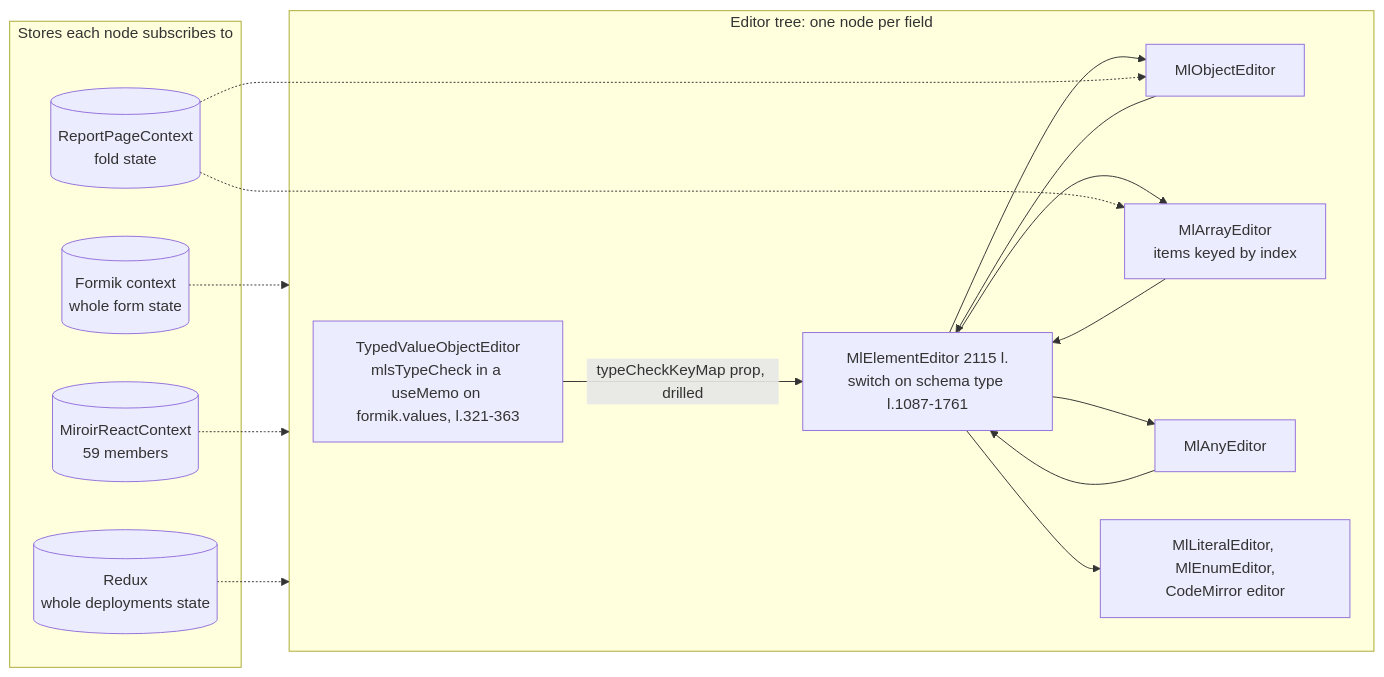
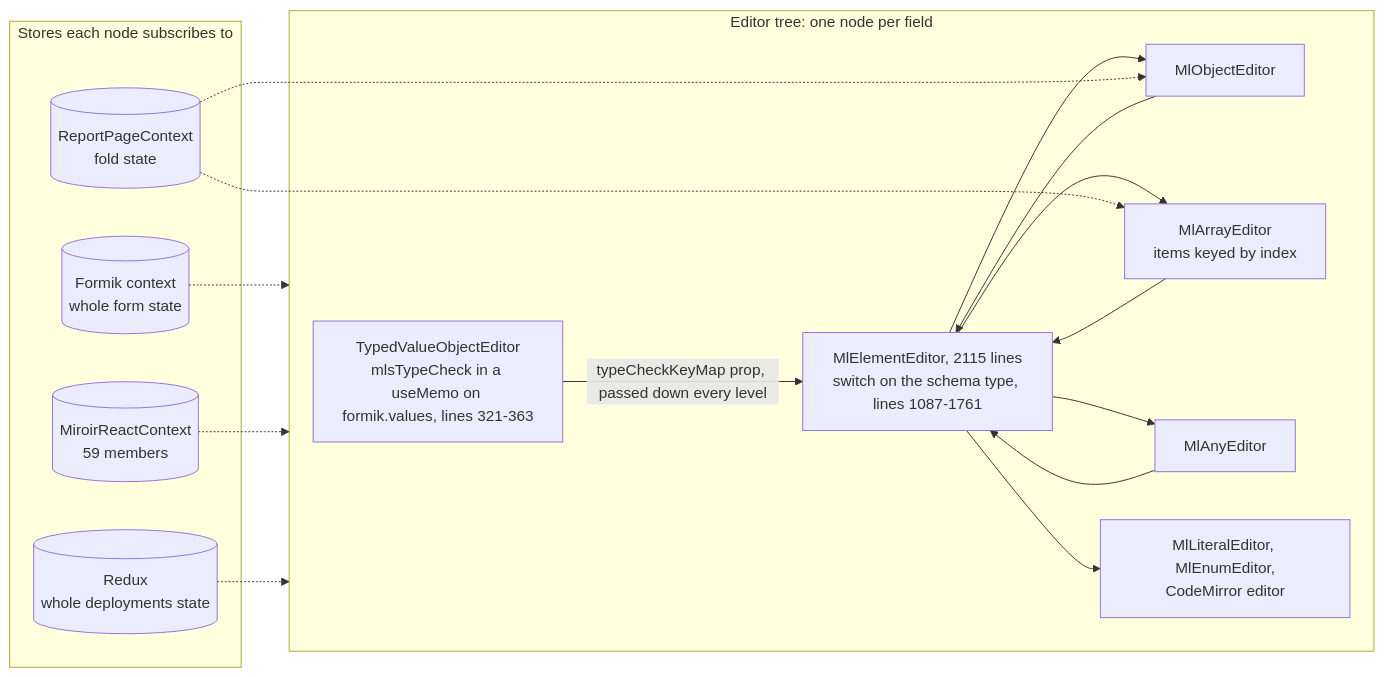
One commit to miroir-framework/miroir changed the fifth of 7 diagrams in code-helpers/analyses/2026-10-06-UI structure/analysis.md. Above: the diagram before and after it, drawn with Mermaid. The commit also changed other lines of this file and 1 other file, not shown here.

First line of the commit message:
Rewrite the UI architecture review in plain language

````diff
--- a/code-helpers/analyses/2026-10-06-UI structure/analysis.md
+++ b/code-helpers/analyses/2026-10-06-UI structure/analysis.md
@@ -138,27 +140,27 @@
 ```mermaid
 flowchart LR
   subgraph stores["Stores each node subscribes to"]
     formik[("Formik context<br/>whole form state")]
     ctx[("MiroirReactContext<br/>59 members")]
     redux[("Redux<br/>whole deployments state")]
     fold[("ReportPageContext<br/>fold state")]
   end
   subgraph tree["Editor tree: one node per field"]
-    tv["TypedValueObjectEditor<br/>mlsTypeCheck in a useMemo on formik.values, l.321-363"]
-    me["MlElementEditor 2115 l.<br/>switch on schema type l.1087-1761"]
+    tv["TypedValueObjectEditor<br/>mlsTypeCheck in a useMemo on formik.values, lines 321-363"]
+    me["MlElementEditor, 2115 lines<br/>switch on the schema type, lines 1087-1761"]
     mo["MlObjectEditor"]
     ma["MlArrayEditor<br/>items keyed by index"]
     many["MlAnyEditor"]
     ml["MlLiteralEditor, MlEnumEditor,<br/>CodeMirror editor"]
-    tv -->|"typeCheckKeyMap prop, drilled"| me
+    tv -->|"typeCheckKeyMap prop, passed down every level"| me
     me --> mo --> me
     me --> ma --> me
     me --> many --> me
     me --> ml
   end
   formik -.-> tree
   ctx -.-> tree
   redux -.-> tree
   fold -.-> mo
   fold -.-> ma
 ```
````
